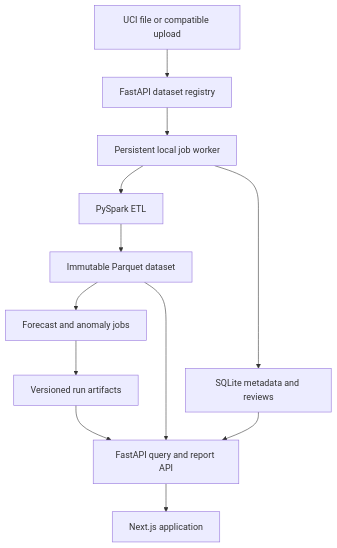
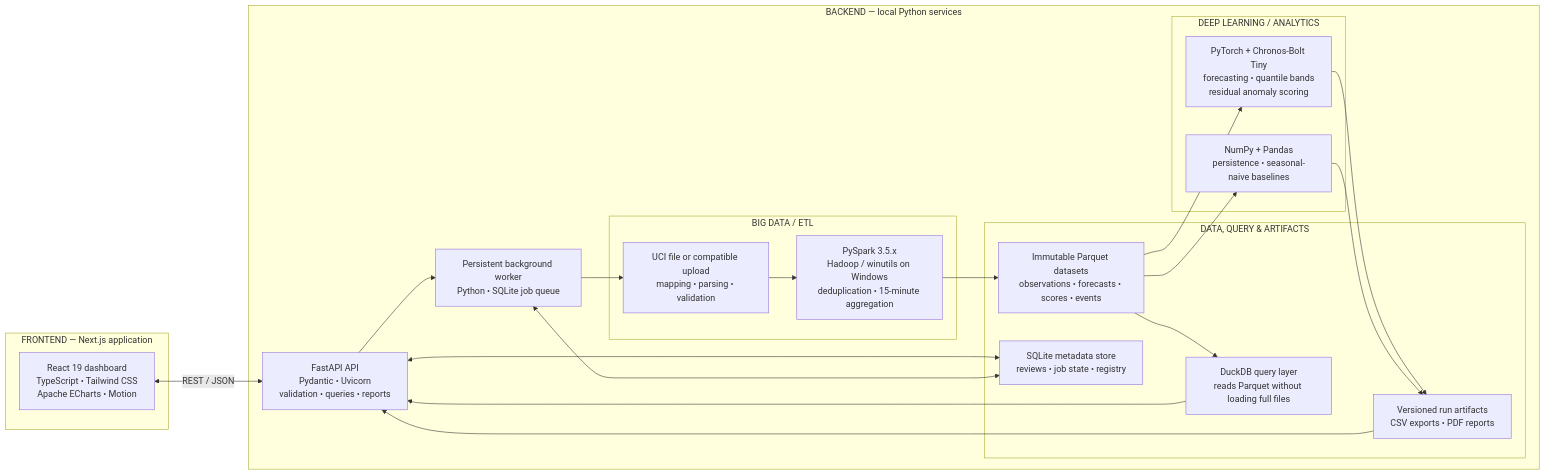
Before and after one commit to ommahajan0208/VoltIQ: the diagram in README.md, drawn with Mermaid. The commit also changed other lines of this file, not shown here.

````diff
--- a/README.md
+++ b/README.md
@@ -36,14 +57,40 @@
 ```mermaid
-flowchart TD
-    A["UCI file or compatible upload"] --> B["FastAPI dataset registry"]
-    B --> C["Persistent local job worker"]
-    C --> D["PySpark ETL"]
-    D --> E["Immutable Parquet dataset"]
-    E --> F["Forecast and anomaly jobs"]
-    F --> G["Versioned run artifacts"]
-    G --> H["FastAPI query and report API"]
-    E --> H
-    H --> I["Next.js application"]
-    J["SQLite metadata and reviews"] --> H
-    C --> J
+flowchart LR
+    subgraph FRONTEND["FRONTEND — Next.js application"]
+        UI["React 19 dashboard<br/>TypeScript • Tailwind CSS<br/>Apache ECharts • Motion"]
+    end
+
+    subgraph BACKEND["BACKEND — local Python services"]
+        API["FastAPI API<br/>Pydantic • Uvicorn<br/>validation • queries • reports"]
+        WORKER["Persistent background worker<br/>Python • SQLite job queue"]
+
+        subgraph BIGDATA["BIG DATA / ETL"]
+            INGEST["UCI file or compatible upload<br/>mapping • parsing • validation"]
+            SPARK["PySpark 3.5.x<br/>Hadoop / winutils on Windows<br/>deduplication • 15-minute aggregation"]
+        end
+
+        subgraph DL["DEEP LEARNING / ANALYTICS"]
+            MODEL["PyTorch + Chronos-Bolt Tiny<br/>forecasting • quantile bands<br/>residual anomaly scoring"]
+            BASELINES["NumPy + Pandas<br/>persistence • seasonal-naive baselines"]
+        end
+
+        subgraph DATA["DATA, QUERY & ARTIFACTS"]
+            PARQUET["Immutable Parquet datasets<br/>observations • forecasts • scores • events"]
+            DUCKDB["DuckDB query layer<br/>reads Parquet without loading full files"]
+            SQLITE["SQLite metadata store<br/>reviews • job state • registry"]
+            ARTIFACTS["Versioned run artifacts<br/>CSV exports • PDF reports"]
+        end
+    end
+
+    UI <-->|"REST / JSON"| API
+    API --> WORKER
+    WORKER --> INGEST --> SPARK --> PARQUET
+    PARQUET --> MODEL
+    PARQUET --> BASELINES
+    MODEL --> ARTIFACTS
+    BASELINES --> ARTIFACTS
+    PARQUET --> DUCKDB --> API
+    ARTIFACTS --> API
+    API <--> SQLITE
+    WORKER <--> SQLITE
 ```
````
